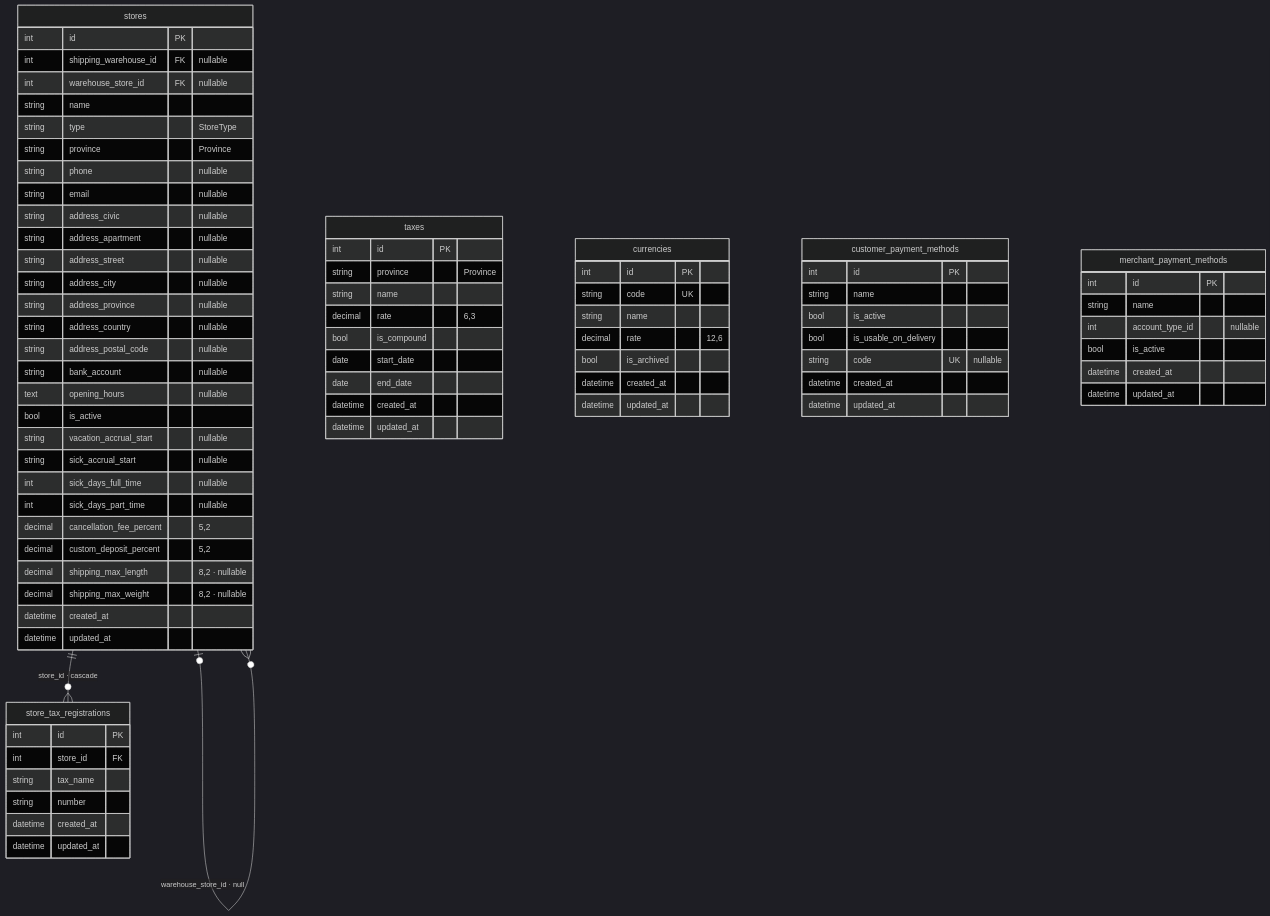
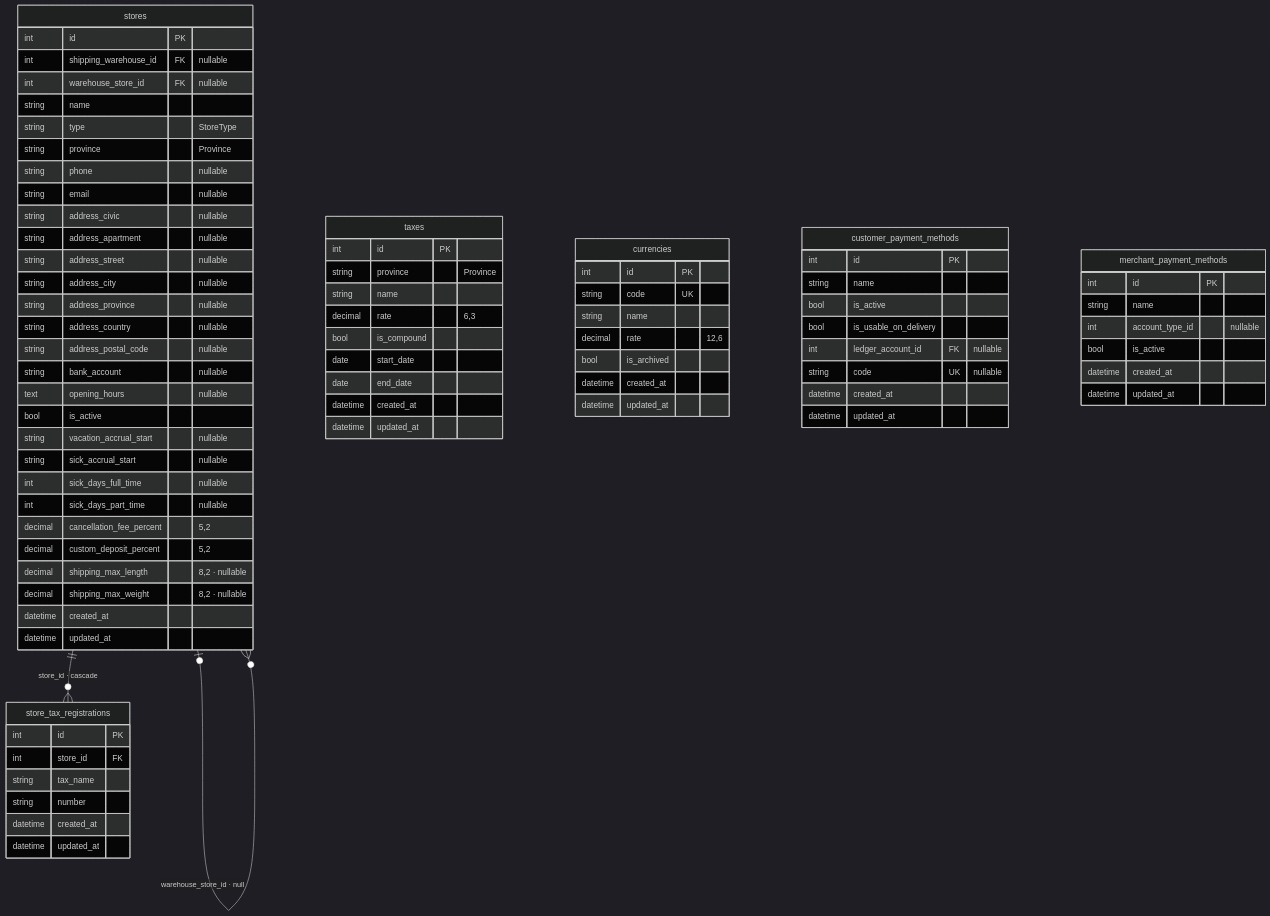
Before and after one commit to sebastienmarley/dkorpos: the tenth of 10 diagrams in dkor/docs/data-model.md, drawn with Mermaid (dark theme). The commit also changed other lines of this file and 11 other files, not shown here.

````diff
--- a/dkor/docs/data-model.md
+++ b/dkor/docs/data-model.md
@@ -1422,81 +1424,82 @@
 ```mermaid
 erDiagram
     stores |o--o{ stores : "shipping_warehouse_id · null"
     stores |o--o{ stores : "warehouse_store_id · null"
     stores ||--o{ store_tax_registrations : "store_id · cascade"
     stores {
         int id PK
         int shipping_warehouse_id FK "nullable"
         int warehouse_store_id FK "nullable"
         string name
         string type "StoreType"
         string province "Province"
         string phone "nullable"
         string email "nullable"
         string address_civic "nullable"
         string address_apartment "nullable"
         string address_street "nullable"
         string address_city "nullable"
         string address_province "nullable"
         string address_country "nullable"
         string address_postal_code "nullable"
         string bank_account "nullable"
         text opening_hours "nullable"
         bool is_active
         string vacation_accrual_start "nullable"
         string sick_accrual_start "nullable"
         int sick_days_full_time "nullable"
         int sick_days_part_time "nullable"
         decimal cancellation_fee_percent "5,2"
         decimal custom_deposit_percent "5,2"
         decimal shipping_max_length "8,2 · nullable"
         decimal shipping_max_weight "8,2 · nullable"
         datetime created_at
         datetime updated_at
     }
     store_tax_registrations {
         int id PK
         int store_id FK
         string tax_name
         string number
         datetime created_at
         datetime updated_at
     }
     taxes {
         int id PK
         string province "Province"
         string name
         decimal rate "6,3"
         bool is_compound
         date start_date
         date end_date
         datetime created_at
         datetime updated_at
     }
     currencies {
         int id PK
         string code UK
         string name
         decimal rate "12,6"
         bool is_archived
         datetime created_at
         datetime updated_at
     }
     customer_payment_methods {
         int id PK
         string name
         bool is_active
         bool is_usable_on_delivery
+        int ledger_account_id FK "nullable"
         string code UK "nullable"
         datetime created_at
         datetime updated_at
     }
     merchant_payment_methods {
         int id PK
         string name
         int account_type_id "nullable"
         bool is_active
         datetime created_at
         datetime updated_at
     }
 ```
````
